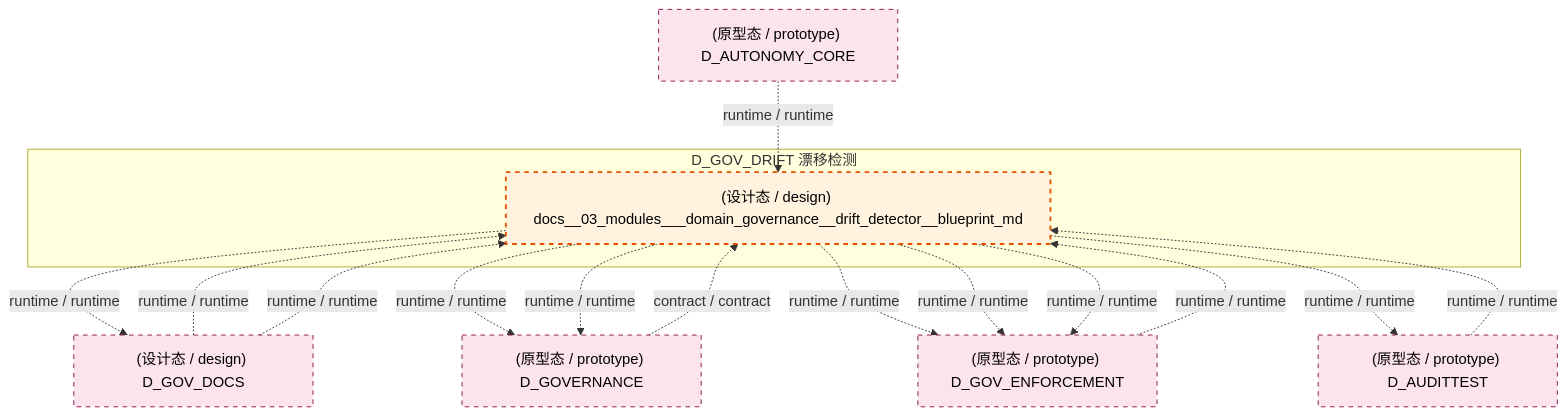
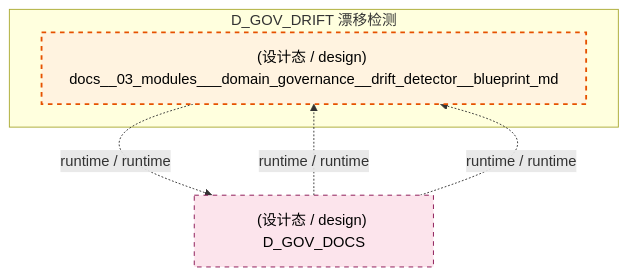
The third of 5 diagrams in docs/02_enterprise_architecture/02_domain_architecture_docs/39_d_gov_drift.md (xuanFelixVan/ZephyrAlpha), drawn with Mermaid before and after one commit. The commit also changed other lines of this file and 112 other files, not shown here.

````diff
--- a/docs/02_enterprise_architecture/02_domain_architecture_docs/39_d_gov_drift.md
+++ b/docs/02_enterprise_architecture/02_domain_architecture_docs/39_d_gov_drift.md
@@ -257,30 +258,16 @@
 ```mermaid
 graph TD
     subgraph D_GOV_DRIFT["D_GOV_DRIFT 漂移检测"]
         docs_03_modules_domain_governance_drift_detector_blueprint_md["(设计态 / design) docs__03_modules___domain_governance__drift_detector__blueprint_md"]
     end
     D_GOV_DOCS["(设计态 / design) D_GOV_DOCS"]
     docs_03_modules_domain_governance_drift_detector_blueprint_md -.->|runtime / runtime| D_GOV_DOCS
-    D_GOVERNANCE["(原型态 / prototype) D_GOVERNANCE"]
-    docs_03_modules_domain_governance_drift_detector_blueprint_md -.->|runtime / runtime| D_GOVERNANCE
-    D_GOV_ENFORCEMENT["(原型态 / prototype) D_GOV_ENFORCEMENT"]
-    docs_03_modules_domain_governance_drift_detector_blueprint_md -.->|runtime / runtime| D_GOV_ENFORCEMENT
-    D_AUDITTEST["(原型态 / prototype) D_AUDITTEST"]
-    docs_03_modules_domain_governance_drift_detector_blueprint_md -.->|runtime / runtime| D_AUDITTEST
-    docs_03_modules_domain_governance_drift_detector_blueprint_md -.->|runtime / runtime| D_GOV_ENFORCEMENT
-    docs_03_modules_domain_governance_drift_detector_blueprint_md -.->|runtime / runtime| D_GOV_ENFORCEMENT
-    docs_03_modules_domain_governance_drift_detector_blueprint_md -.->|runtime / runtime| D_GOVERNANCE
-    D_GOV_ENFORCEMENT -.->|runtime / runtime| docs_03_modules_domain_governance_drift_detector_blueprint_md
     D_GOV_DOCS -.->|runtime / runtime| docs_03_modules_domain_governance_drift_detector_blueprint_md
     D_GOV_DOCS -.->|runtime / runtime| docs_03_modules_domain_governance_drift_detector_blueprint_md
-    D_GOVERNANCE -.->|contract / contract| docs_03_modules_domain_governance_drift_detector_blueprint_md
-    D_AUTONOMY_CORE["(原型态 / prototype) D_AUTONOMY_CORE"]
-    D_AUTONOMY_CORE -.->|runtime / runtime| docs_03_modules_domain_governance_drift_detector_blueprint_md
-    D_AUDITTEST -.->|runtime / runtime| docs_03_modules_domain_governance_drift_detector_blueprint_md
     classDef production fill:#e1f5fe,stroke:#01579b,stroke-width:2px,color:#000
     classDef design fill:#fff3e0,stroke:#e65100,stroke-width:2px,color:#000,stroke-dasharray: 5 5
     classDef external_prod fill:#e8f5e9,stroke:#1b5e20,stroke-width:1px,color:#000
     classDef external_design fill:#fce4ec,stroke:#880e4f,stroke-width:1px,color:#000,stroke-dasharray: 5 5
     class docs_03_modules_domain_governance_drift_detector_blueprint_md design
-    class D_GOV_DOCS,D_GOVERNANCE,D_GOV_ENFORCEMENT,D_AUDITTEST,D_AUTONOMY_CORE external_design
+    class D_GOV_DOCS external_design
 ```
````
